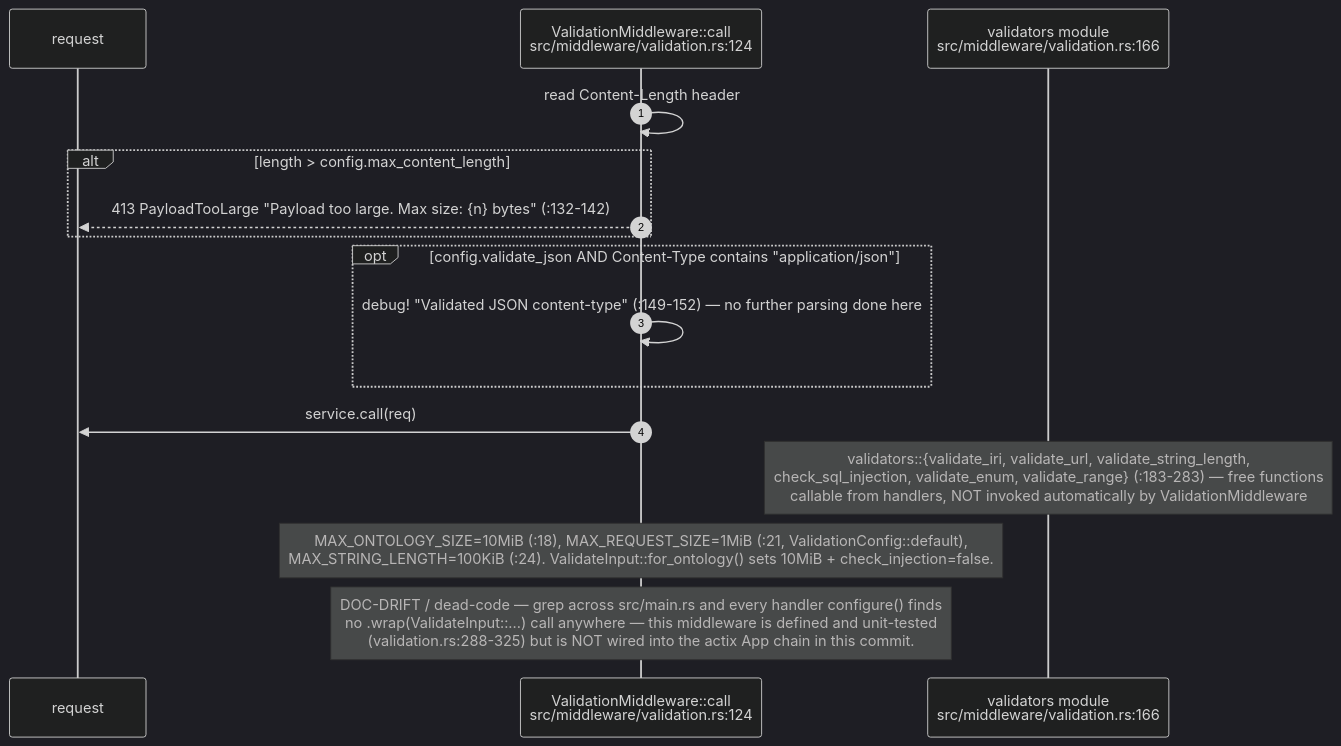
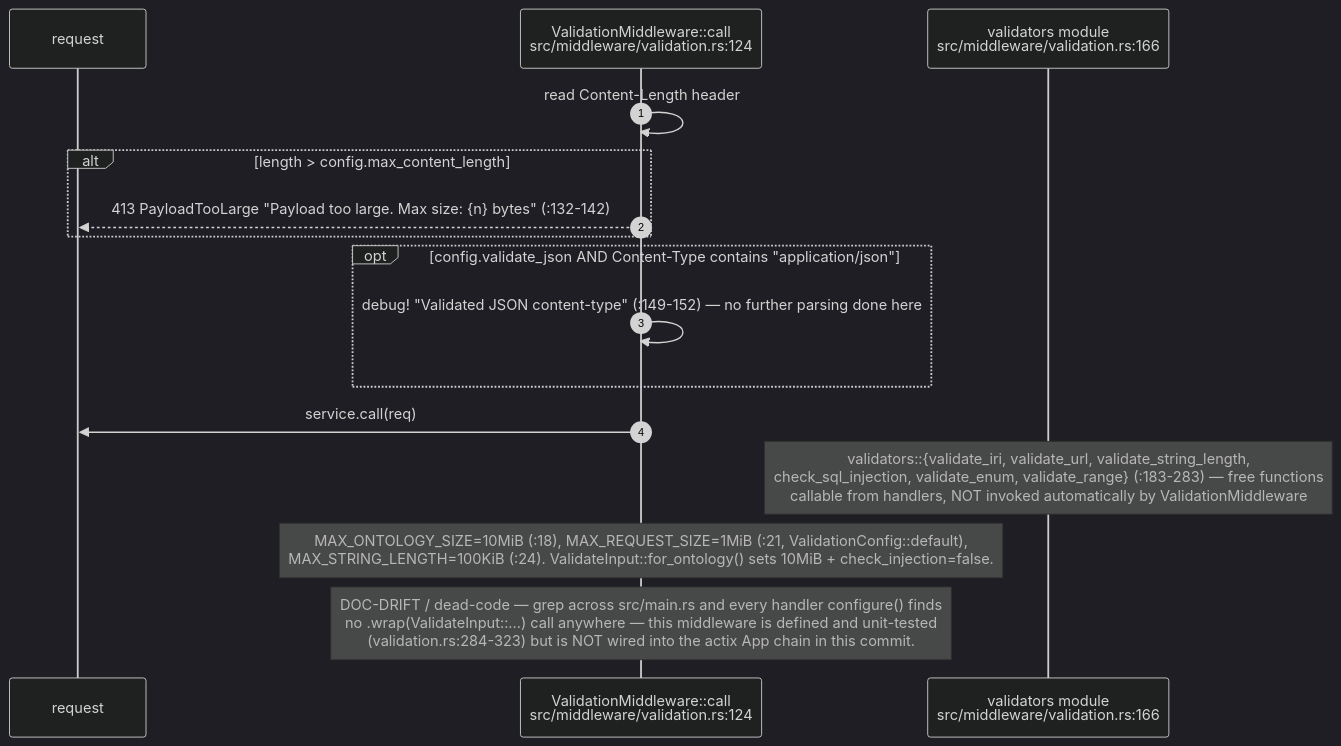
Diagram 14 of 16 in docs/diagrams/visionclaw/03-request-lifecycle-and-rbac.md (DreamLab-AI/AR-AI-Knowledge-Graph), drawn with Mermaid (dark theme) before and after one commit. The commit also changed other lines of this file and 172 other files, not shown here.

````diff
--- a/docs/diagrams/visionclaw/03-request-lifecycle-and-rbac.md
+++ b/docs/diagrams/visionclaw/03-request-lifecycle-and-rbac.md
@@ -534,19 +535,19 @@
 ```mermaid
 sequenceDiagram
     autonumber
     participant R as request
     participant VM as ValidationMiddleware::call<br/>src/middleware/validation.rs:124
     participant VAL as validators module<br/>src/middleware/validation.rs:166
 
     VM->>VM: read Content-Length header
     alt length > config.max_content_length
         VM-->>R: 413 PayloadTooLarge "Payload too large. Max size: {n} bytes" (:132-142)
     end
     opt config.validate_json AND Content-Type contains "application/json"
         VM->>VM: debug! "Validated JSON content-type" (:149-152) — no further parsing done here
     end
     VM->>R: service.call(req)
     Note over VAL: validators::{validate_iri, validate_url, validate_string_length,<br/>check_sql_injection, validate_enum, validate_range} (:183-283) — free functions<br/>callable from handlers, NOT invoked automatically by ValidationMiddleware
     Note over VM: MAX_ONTOLOGY_SIZE=10MiB (:18), MAX_REQUEST_SIZE=1MiB (:21, ValidationConfig::default),<br/>MAX_STRING_LENGTH=100KiB (:24). ValidateInput::for_ontology() sets 10MiB + check_injection=false.
-    Note over VM: DOC-DRIFT / dead-code — grep across src/main.rs and every handler configure() finds<br/>no .wrap(ValidateInput::...) call anywhere — this middleware is defined and unit-tested<br/>(validation.rs:288-325) but is NOT wired into the actix App chain in this commit.
+    Note over VM: DOC-DRIFT / dead-code — grep across src/main.rs and every handler configure() finds<br/>no .wrap(ValidateInput::...) call anywhere — this middleware is defined and unit-tested<br/>(validation.rs:284-323) but is NOT wired into the actix App chain in this commit.
 ```
````
